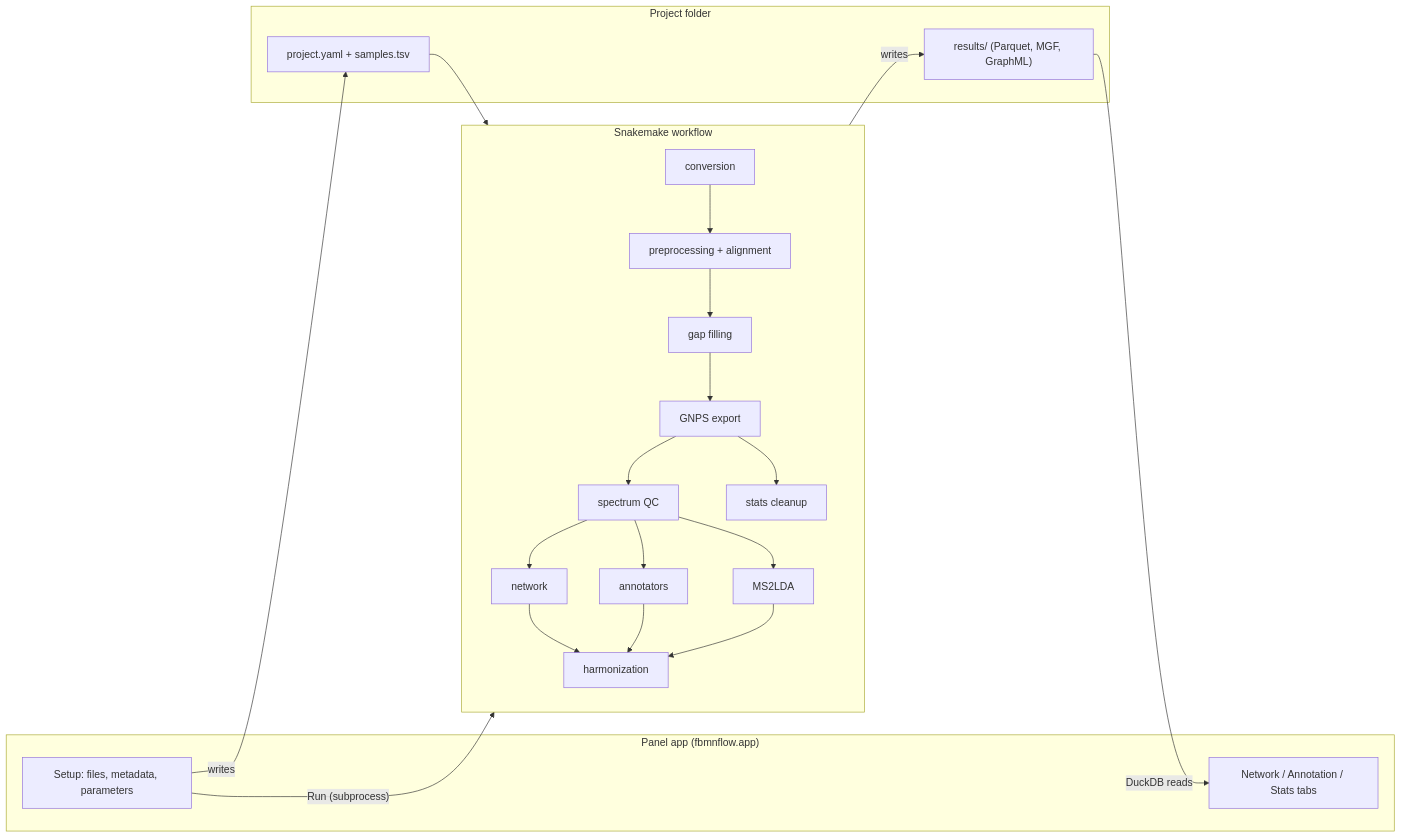
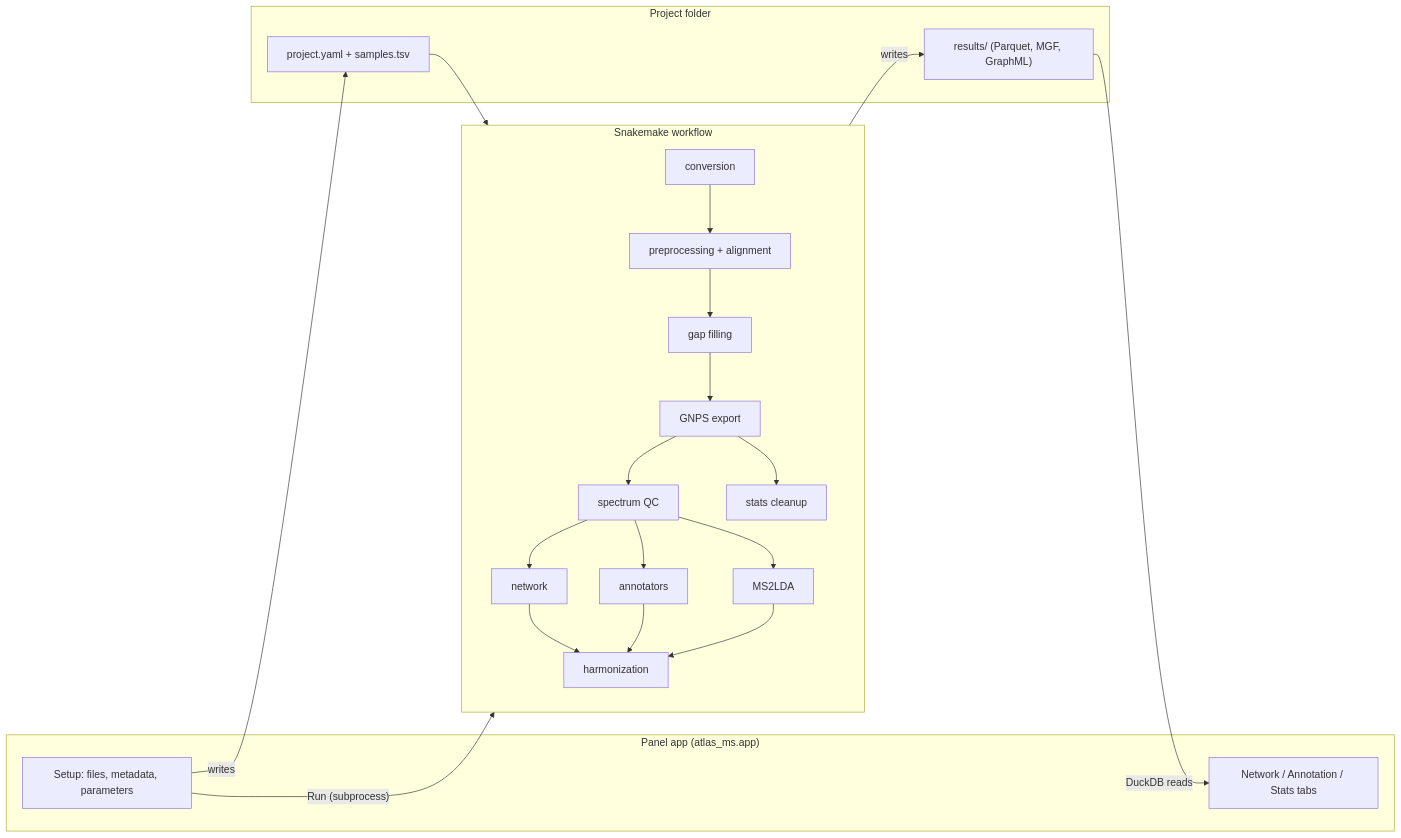
Before and after one commit to ReveilAr/test: the diagram in docs/ARCHITECTURE.md, drawn with Mermaid. The commit also changed other lines of this file and 39 other files, not shown here.

````diff
--- a/docs/ARCHITECTURE.md
+++ b/docs/ARCHITECTURE.md
@@ -29,26 +32,26 @@
 ```mermaid
 flowchart LR
-    subgraph app["Panel app (fbmnflow.app)"]
+    subgraph app["Panel app (atlas_ms.app)"]
         setup["Setup: files, metadata, parameters"]
         view["Network / Annotation / Stats tabs"]
     end
     subgraph proj["Project folder"]
         cfg["project.yaml + samples.tsv"]
         res["results/ (Parquet, MGF, GraphML)"]
     end
     subgraph wf["Snakemake workflow"]
         conv["conversion"] --> pre["preprocessing + alignment"] --> gap["gap filling"] --> exp["GNPS export"]
         exp --> qc["spectrum QC"] --> net["network"]
         qc --> ann["annotators"]
         qc --> lda["MS2LDA"]
         net --> harm["harmonization"]
         ann --> harm
         lda --> harm
         exp --> stats["stats cleanup"]
     end
     setup -- writes --> cfg
     setup -- "Run (subprocess)" --> wf
     cfg --> wf
     wf -- writes --> res
     res -- "DuckDB reads" --> view
 ```
````
